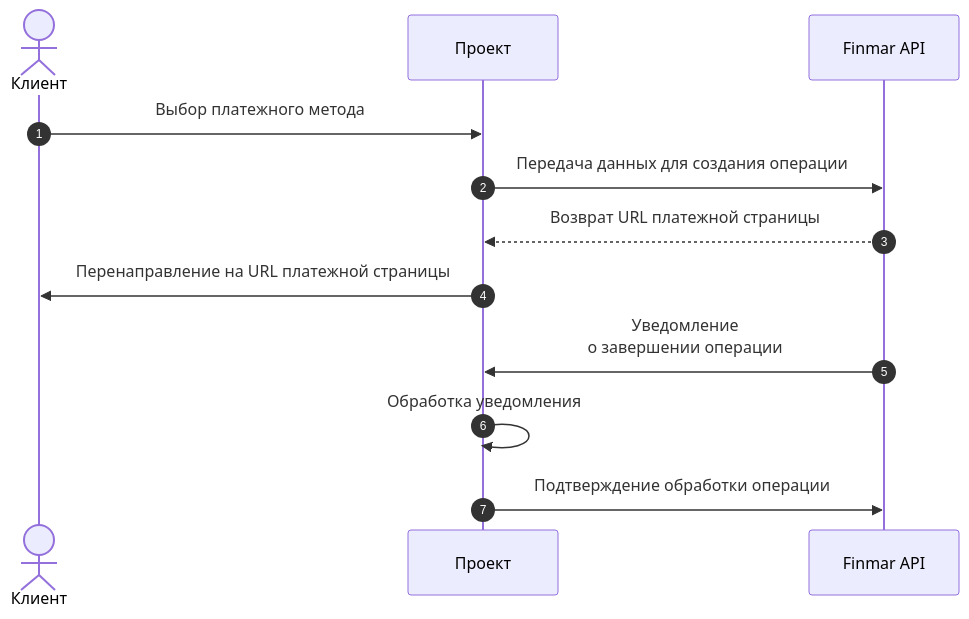
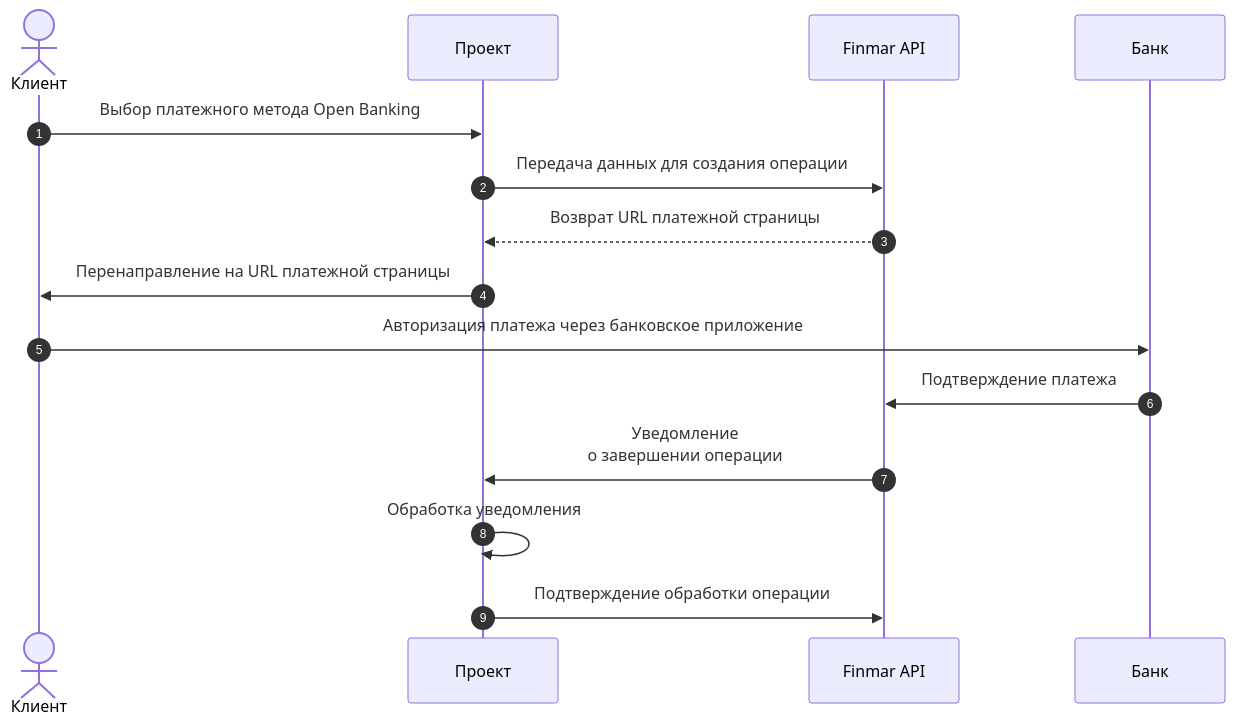
Before and after one commit to sergeyglobo/documentation: the diagram in products/openbanking.mdx, drawn with Mermaid. The commit also changed other lines of this file and 18 other files, not shown here.

````diff
--- a/products/openbanking.mdx
+++ b/products/openbanking.mdx
@@ -11,14 +13,17 @@
 ```mermaid
 sequenceDiagram
     autonumber
     actor Клиент
     participant Проект
     participant Finmar API
-    Клиент->>Проект: Выбор платежного метода
+    participant Банк
+    Клиент->>Проект: Выбор платежного метода Open Banking
     Проект->>Finmar API: Передача данных для создания операции
     Finmar API-->>Проект: Возврат URL платежной страницы
     Проект->>Клиент: Перенаправление на URL платежной страницы
+    Клиент->>Банк: Авторизация платежа через банковское приложение
+    Банк->>Finmar API: Подтверждение платежа
     Finmar API->>Проект: Уведомление<br>о завершении операции
     Проект->>Проект: Обработка уведомления
     Проект->>Finmar API: Подтверждение обработки операции
 ```
````
